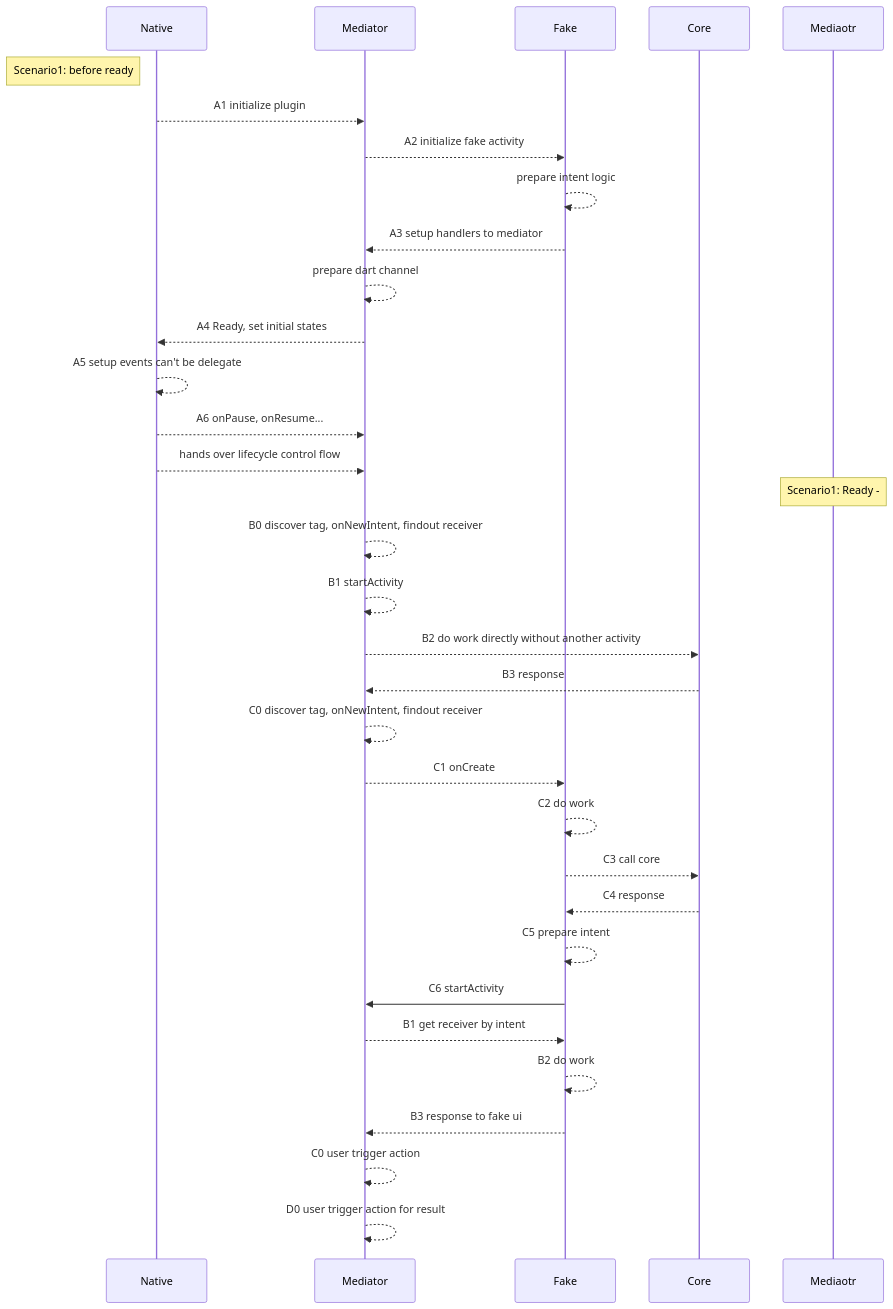
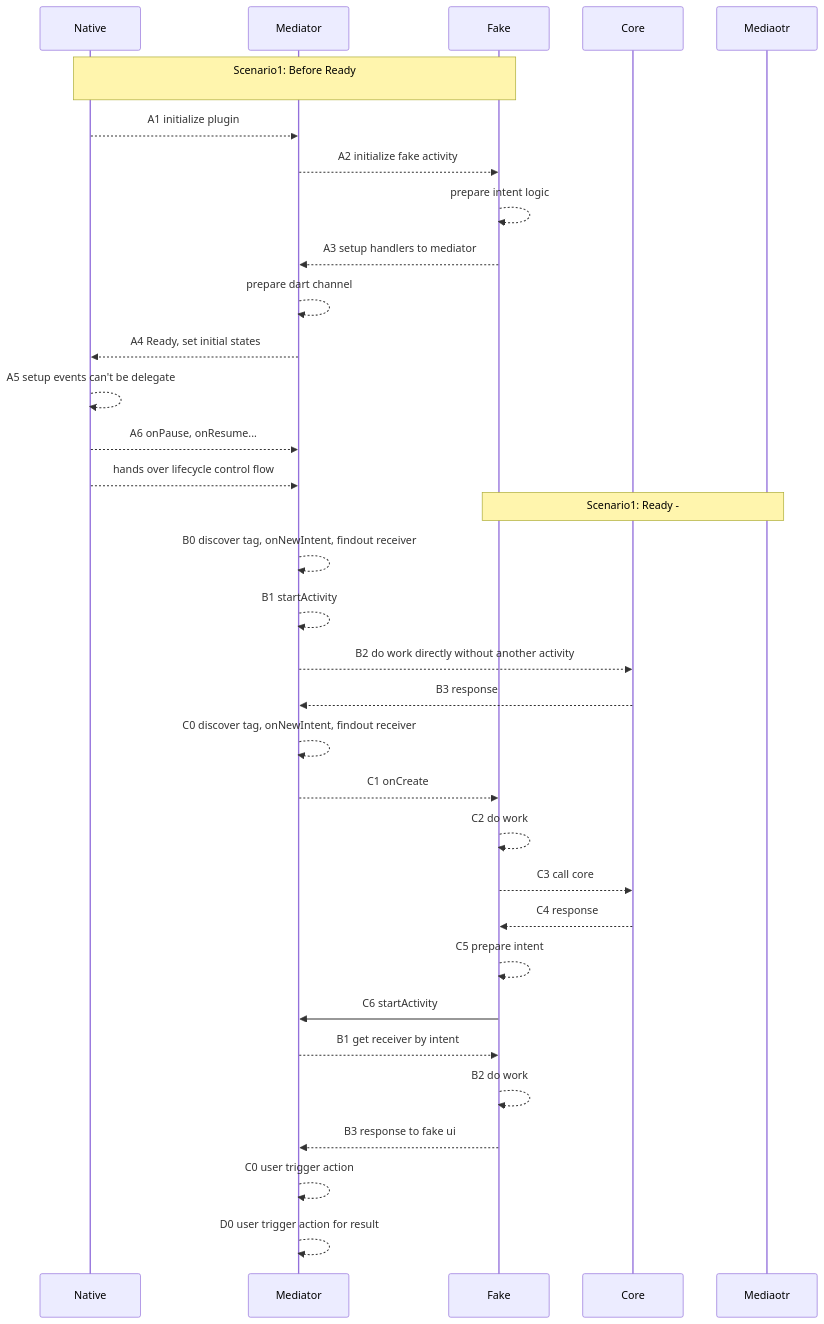
The second of 2 diagrams in flutter/addActivityResultListener.md (gordianknotC/nxp_note), drawn with Mermaid before and after one commit. The commit also changed other lines of this file, not shown here.

Commit message:
flutter/addActivityResultListener.md updated from https://stackedit.io/

````diff
--- a/flutter/addActivityResultListener.md
+++ b/flutter/addActivityResultListener.md
@@ -55,44 +55,44 @@
 ```mermaid
 sequenceDiagram
 participant Native
 participant Mediator
 participant Fake
 participant Core
 
-Note left of Native: Scenario1: before ready
+Note over Native, Fake: Scenario1: Before Ready<br>
 Native -->> Mediator: A1 initialize plugin
 Mediator -->> Fake: A2 initialize fake activity
 Fake -->> Fake: prepare intent logic
 Fake -->> Mediator: A3 setup handlers to mediator
 Mediator -->> Mediator: prepare dart channel
 Mediator -->> Native: A4 Ready, set initial states
 Native -->> Native: A5 setup events can't be delegate
 Native -->> Mediator: A6 onPause, onResume...
 Native -->> Mediator: hands over lifecycle control flow
 
 
-Note over Mediaotr: Scenario1: Ready - 
+Note over Mediaotr, Fake: Scenario1: Ready - 
 Mediator-->> Mediator: B0 discover tag, onNewIntent, findout receiver
 Mediator-->>Mediator: B1 startActivity
 Mediator-->>Core: B2 do work directly without another activity
 Core-->>Mediator: B3 response
 
 Mediator-->> Mediator: C0 discover tag, onNewIntent, findout receiver
 Mediator-->>Fake: C1 onCreate
 Fake-->>Fake: C2 do work
 Fake-->>Core:C3 call core
 Core-->>Fake:C4 response
 Fake-->>Fake:C5 prepare intent
 Fake->>Mediator: C6 startActivity
 
 Mediator-->>Fake: B1 get receiver by intent
 Fake-->>Fake:B2 do work
 
 Fake-->>Mediator:B3 response to fake ui
 
  
  Mediator-->>Mediator: C0 user trigger action
  
  Mediator-->>Mediator: D0 user trigger action for result
 
 ```
````
